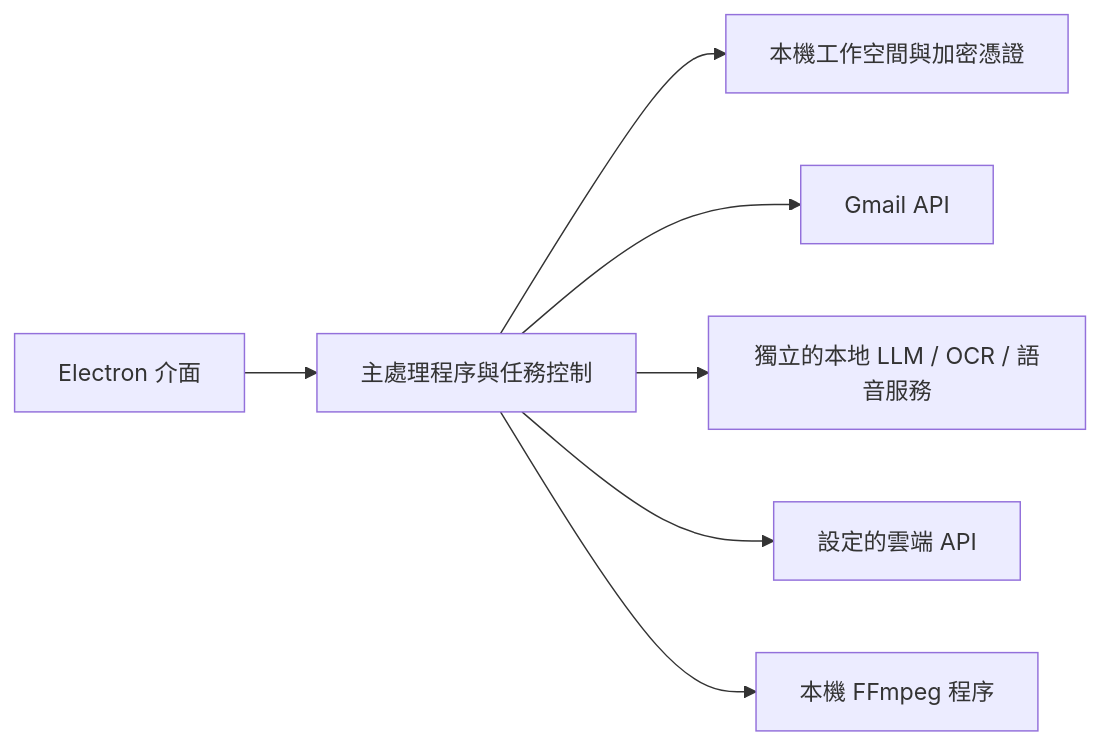
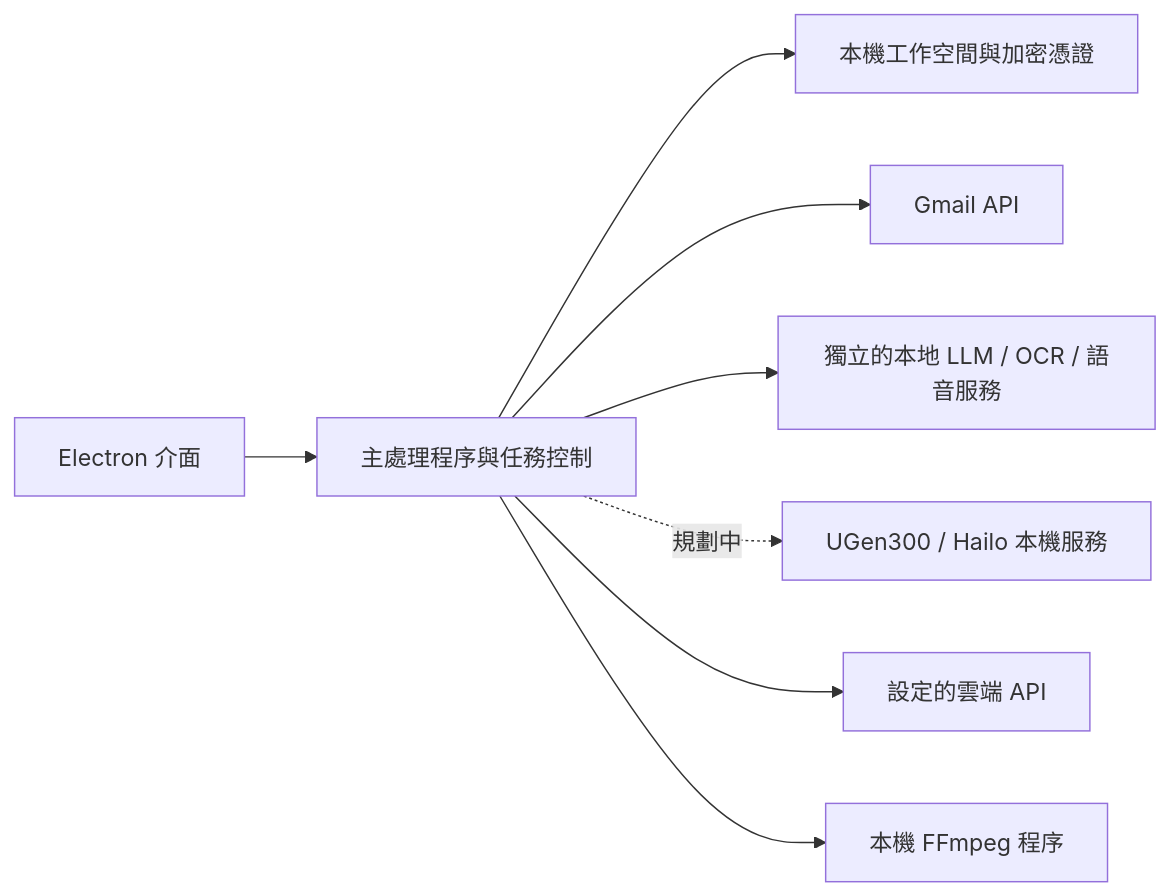
One commit to breeze0305/UFriend changed the diagram in README.zh-TW.md. Above: the diagram before and after it, drawn with Mermaid. The commit also changed other lines of this file and 3 other files, not shown here.

````diff
--- a/README.zh-TW.md
+++ b/README.zh-TW.md
@@ -118,9 +135,10 @@
 ```mermaid
 flowchart LR
     UI[Electron 介面] --> Main[主處理程序與任務控制]
     Main --> Data[本機工作空間與加密憑證]
     Main --> Gmail[Gmail API]
     Main --> Local[獨立的本地 LLM / OCR / 語音服務]
+    Main -. 規劃中 .-> UGen[UGen300 / Hailo 本機服務]
     Main --> Cloud[設定的雲端 API]
     Main --> FFmpeg[本機 FFmpeg 程序]
 ```
````
